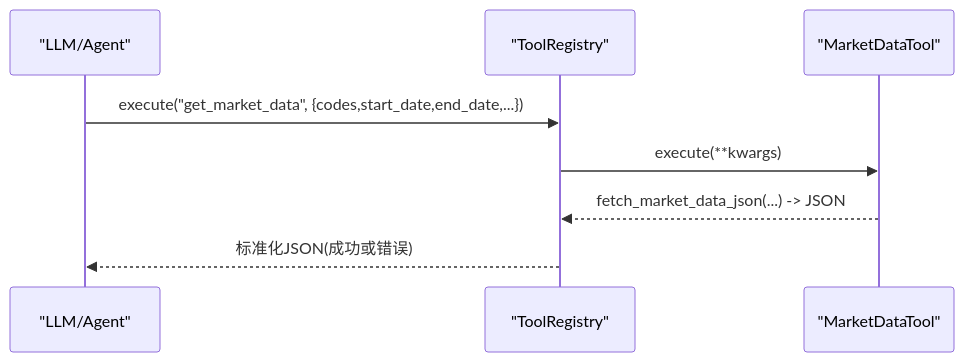
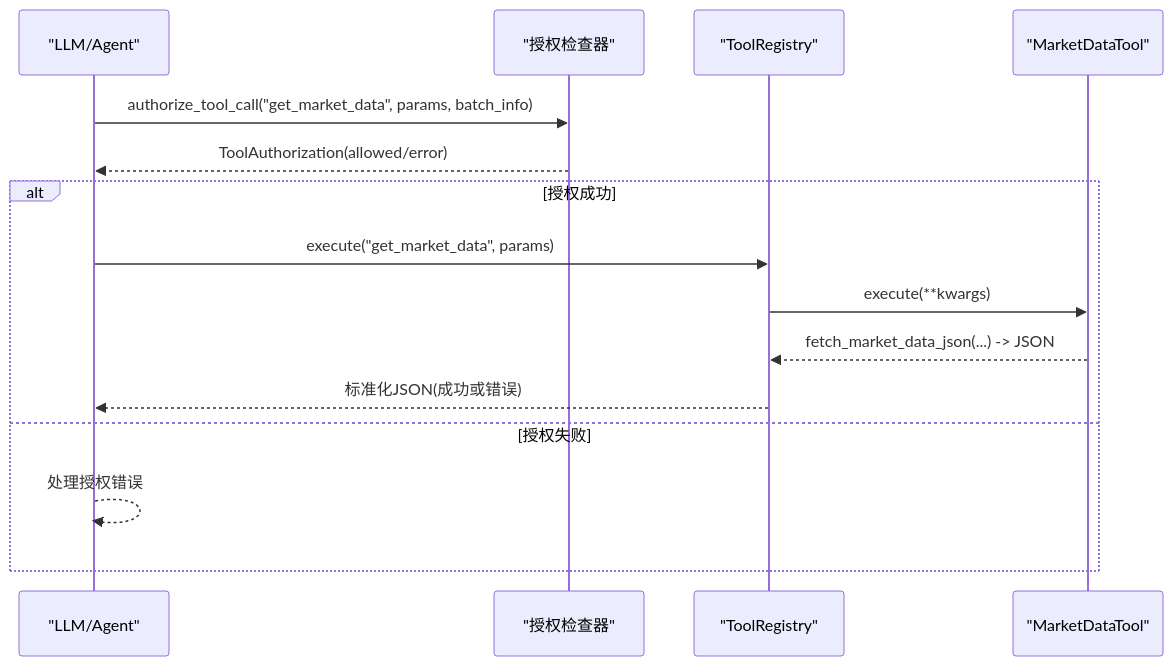
The fifth of 7 diagrams in .qoder/repowiki/zh/content/AI代理系统/工具系统/工具系统.md (20012002er/Vibe-Trading), drawn with Mermaid before and after one commit. The commit also changed other lines of this file and 6 other files, not shown here.

````diff
--- a/.qoder/repowiki/zh/content/AI代理系统/工具系统/工具系统.md
+++ b/.qoder/repowiki/zh/content/AI代理系统/工具系统/工具系统.md
@@ -125,10 +177,17 @@
 ```mermaid
 sequenceDiagram
 participant LLM as "LLM/Agent"
+participant Auth as "授权检查器"
 participant Reg as "ToolRegistry"
 participant T as "MarketDataTool"
-LLM->>Reg : execute("get_market_data", {codes,start_date,end_date,...})
+LLM->>Auth : authorize_tool_call("get_market_data", params, batch_info)
+Auth-->>LLM : ToolAuthorization(allowed/error)
+alt 授权成功
+LLM->>Reg : execute("get_market_data", params)
 Reg->>T : execute(**kwargs)
 T-->>Reg : fetch_market_data_json(...) -> JSON
 Reg-->>LLM : 标准化JSON(成功或错误)
+else 授权失败
+LLM-->>LLM : 处理授权错误
+end
 ```
````
